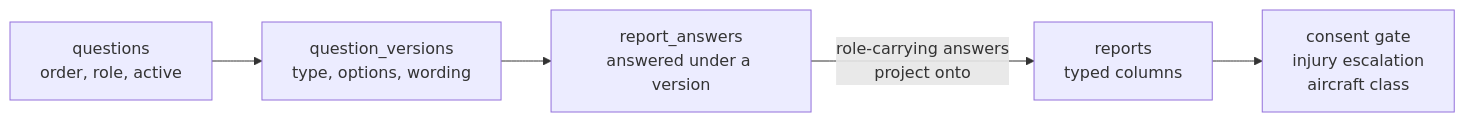
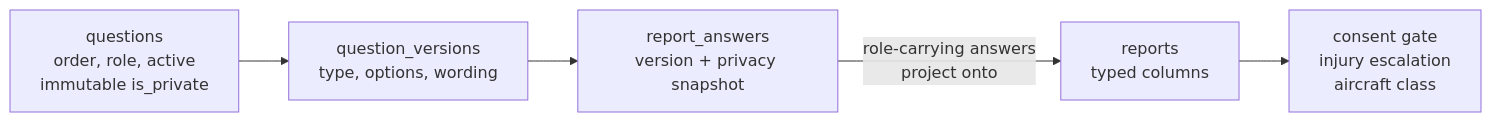
The third of 3 diagrams in skills/incident-domain-model/SKILL.md (HPAC-Safety/safety-report), drawn with Mermaid before and after one commit. The commit also changed other lines of this file and 117 other files, not shown here.

First line of the commit message:
Replace deterministic scrubbing with immutable question privacy (#73)

````diff
--- a/skills/incident-domain-model/SKILL.md
+++ b/skills/incident-domain-model/SKILL.md
@@ -83,7 +83,7 @@
 ```mermaid
 flowchart LR
-    q["questions<br/>order, role, active"] --> v["question_versions<br/>type, options, wording"]
-    v --> a["report_answers<br/>answered under a version"]
+    q["questions<br/>order, role, active<br/>immutable is_private"] --> v["question_versions<br/>type, options, wording"]
+    v --> a["report_answers<br/>version + privacy snapshot"]
     a -->|"role-carrying answers<br/>project onto"| r["reports<br/>typed columns"]
     r --> logic["consent gate<br/>injury escalation<br/>aircraft class"]
 ```
````
